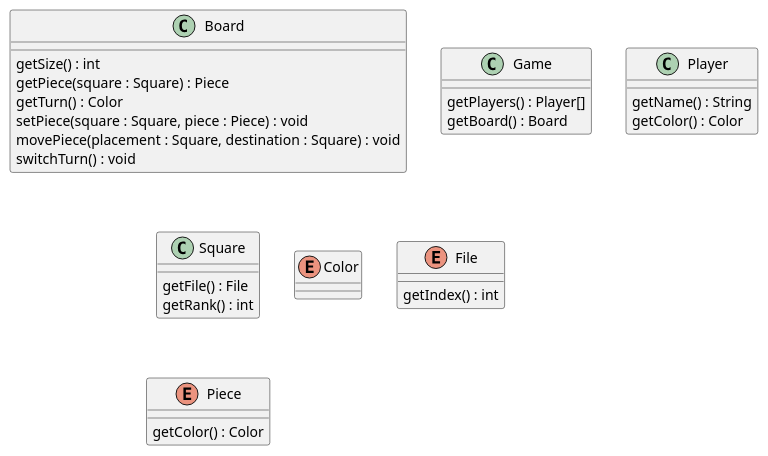
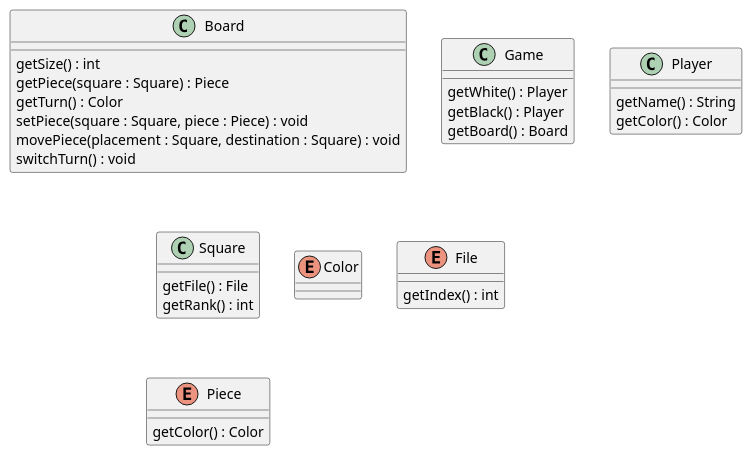
One commit to Sttanyanz/endgame-notebook changed the diagram in uml/analysisModel.puml. Above: the diagram before and after it, drawn with PlantUML. The commit also changed 1 other file, not shown here.

```diff
--- a/uml/analysisModel.puml
+++ b/uml/analysisModel.puml
@@ -1,43 +1,44 @@
 @startuml
 
 class Board
 class Game
 class Player
 class Square
 enum Color
 enum File
 enum Piece
 
 class Square {
     getFile() : File
     getRank() : int
 }
 
 class Board {
     getSize() : int
     getPiece(square : Square) : Piece
     getTurn() : Color
     setPiece(square : Square, piece : Piece) : void
     movePiece(placement : Square, destination : Square) : void
     switchTurn() : void
 }
 
 class Player {
     getName() : String
     getColor() : Color
 }
 
 enum Piece {
     getColor() : Color
 }
 
 class Game {
-    getPlayers() : Player[]
+    getWhite() : Player
+    getBlack() : Player
     getBoard() : Board
 }
 
 enum File {
     getIndex() : int
 }
 
 @enduml
```
